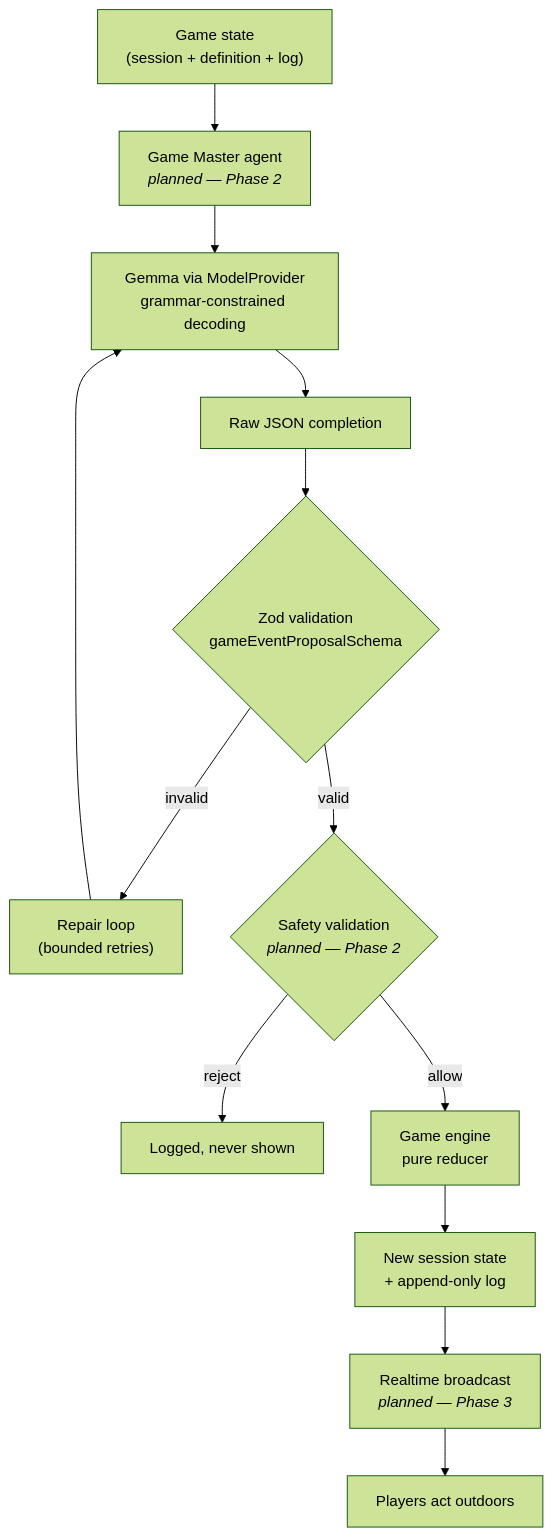
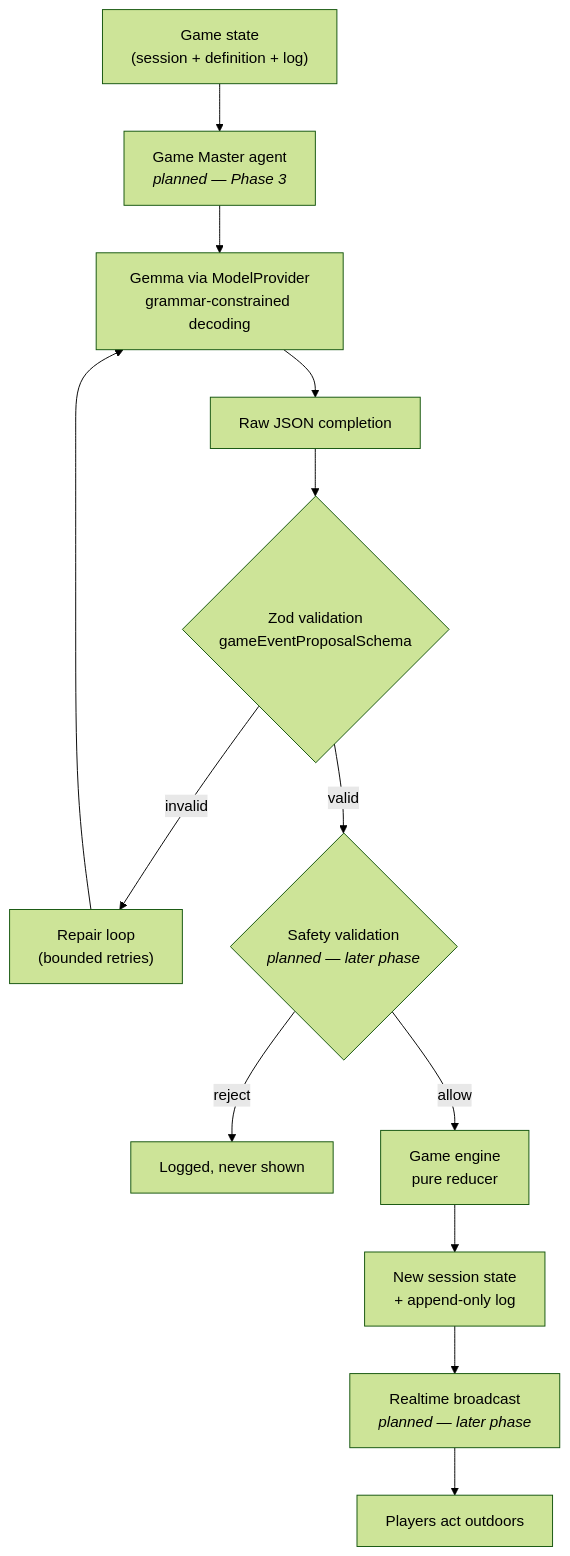
One commit to SHWETANK-SAURABH/touchgrass-game-master changed the first of 9 diagrams in ARCHITECTURE.md. Above: the diagram before and after it, drawn with Mermaid (forest theme). The commit also changed other lines of this file and 25 other files, not shown here.

````diff
--- a/ARCHITECTURE.md
+++ b/ARCHITECTURE.md
@@ -78,20 +78,20 @@
 ```mermaid
 flowchart TD
     State["Game state<br/>(session + definition + log)"] --> Agent
-    Agent["Game Master agent<br/><i>planned — Phase 2</i>"] --> Model
+    Agent["Game Master agent<br/><i>planned — Phase 3</i>"] --> Model
     Model["Gemma via ModelProvider<br/>grammar-constrained decoding"] --> Raw
 
     Raw["Raw JSON completion"] --> Zod
     Zod{"Zod validation<br/>gameEventProposalSchema"}
     Zod -- invalid --> Repair["Repair loop<br/>(bounded retries)"]
     Repair --> Model
     Zod -- valid --> Safety
 
-    Safety{"Safety validation<br/><i>planned — Phase 2</i>"}
+    Safety{"Safety validation<br/><i>planned — later phase</i>"}
     Safety -- reject --> Audit["Logged, never shown"]
     Safety -- allow --> Engine
 
     Engine["Game engine<br/>pure reducer"] --> NewState["New session state<br/>+ append-only log"]
-    NewState --> Broadcast["Realtime broadcast<br/><i>planned — Phase 3</i>"]
+    NewState --> Broadcast["Realtime broadcast<br/><i>planned — later phase</i>"]
     Broadcast --> Players["Players act outdoors"]
 ```
````
